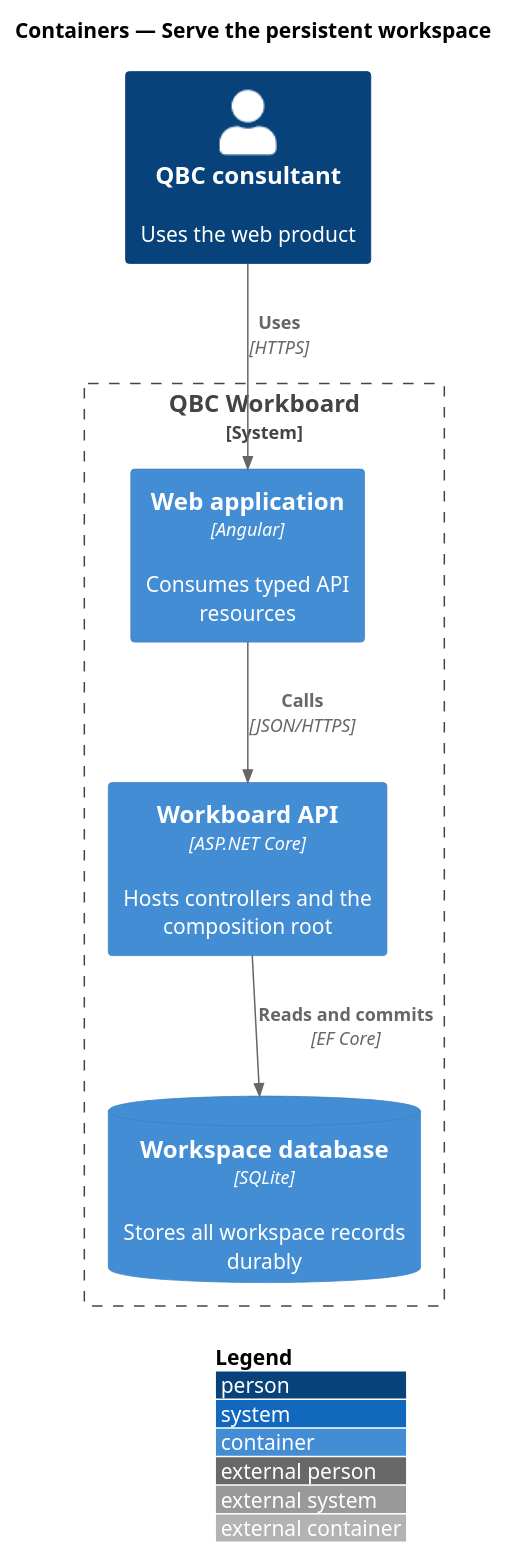
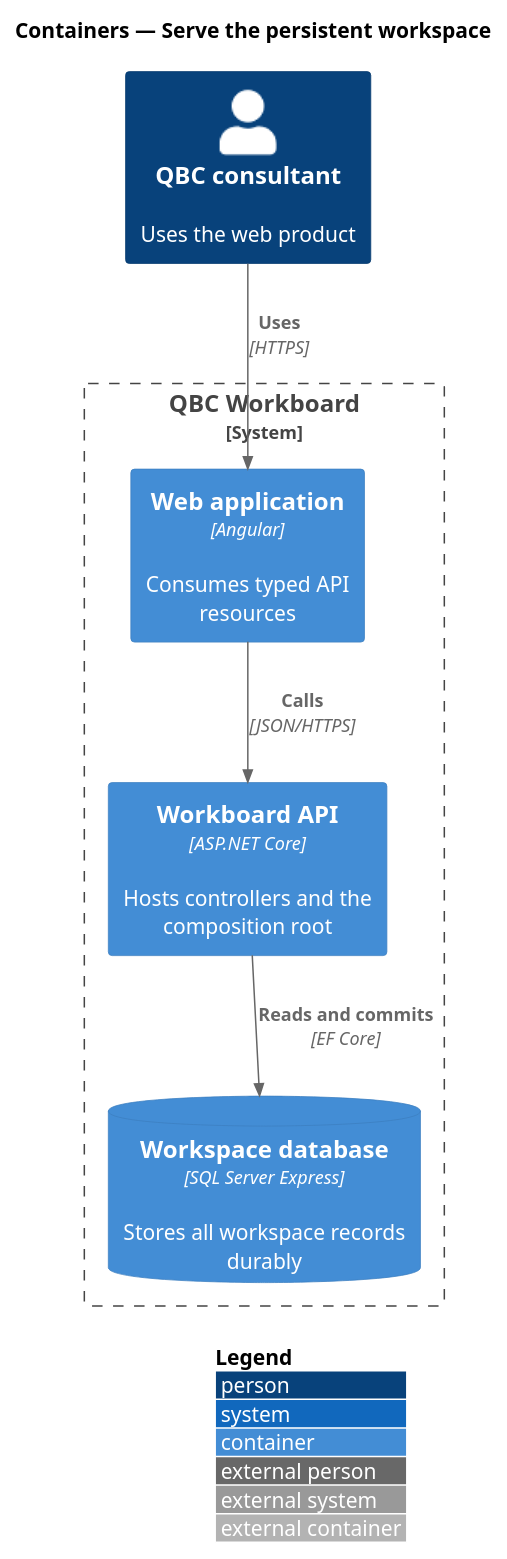
Before and after one commit to QuinntyneBrown/quinntyne-brown-consulting: the diagram in docs/detailed-designs/platform/serve-persistent-workspace/diagrams/c4-container.puml, drawn with PlantUML. The commit also changed 60 other files, not shown here.

```diff
--- a/docs/detailed-designs/platform/serve-persistent-workspace/diagrams/c4-container.puml
+++ b/docs/detailed-designs/platform/serve-persistent-workspace/diagrams/c4-container.puml
@@ -1,16 +1,16 @@
 @startuml
 !include <C4/C4_Container>
 LAYOUT_WITH_LEGEND()
 title Containers — Serve the persistent workspace
 
 Person(consultant, "QBC consultant", "Uses the web product")
 System_Boundary(workboard, "QBC Workboard") {
   Container(spa, "Web application", "Angular", "Consumes typed API resources")
   Container(api, "Workboard API", "ASP.NET Core", "Hosts controllers and the composition root")
-  ContainerDb(db, "Workspace database", "SQLite", "Stores all workspace records durably")
+  ContainerDb(db, "Workspace database", "SQL Server Express", "Stores all workspace records durably")
 }
 
 Rel(consultant, spa, "Uses", "HTTPS")
 Rel(spa, api, "Calls", "JSON/HTTPS")
 Rel(api, db, "Reads and commits", "EF Core")
 @enduml
```
